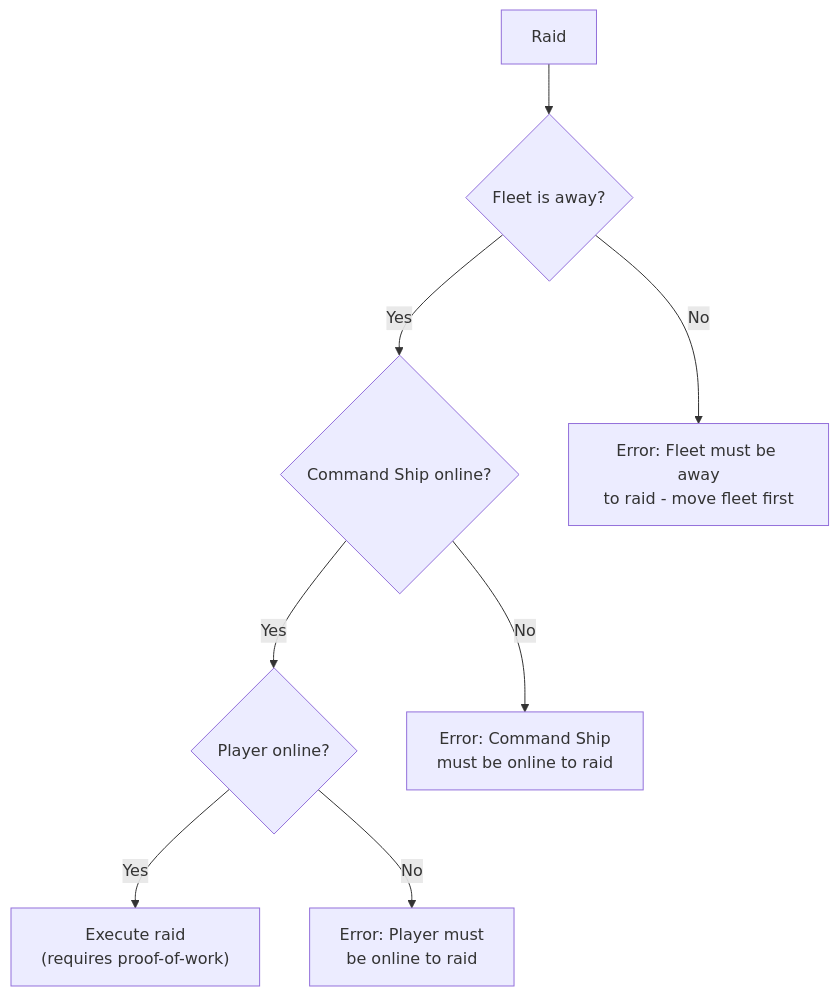
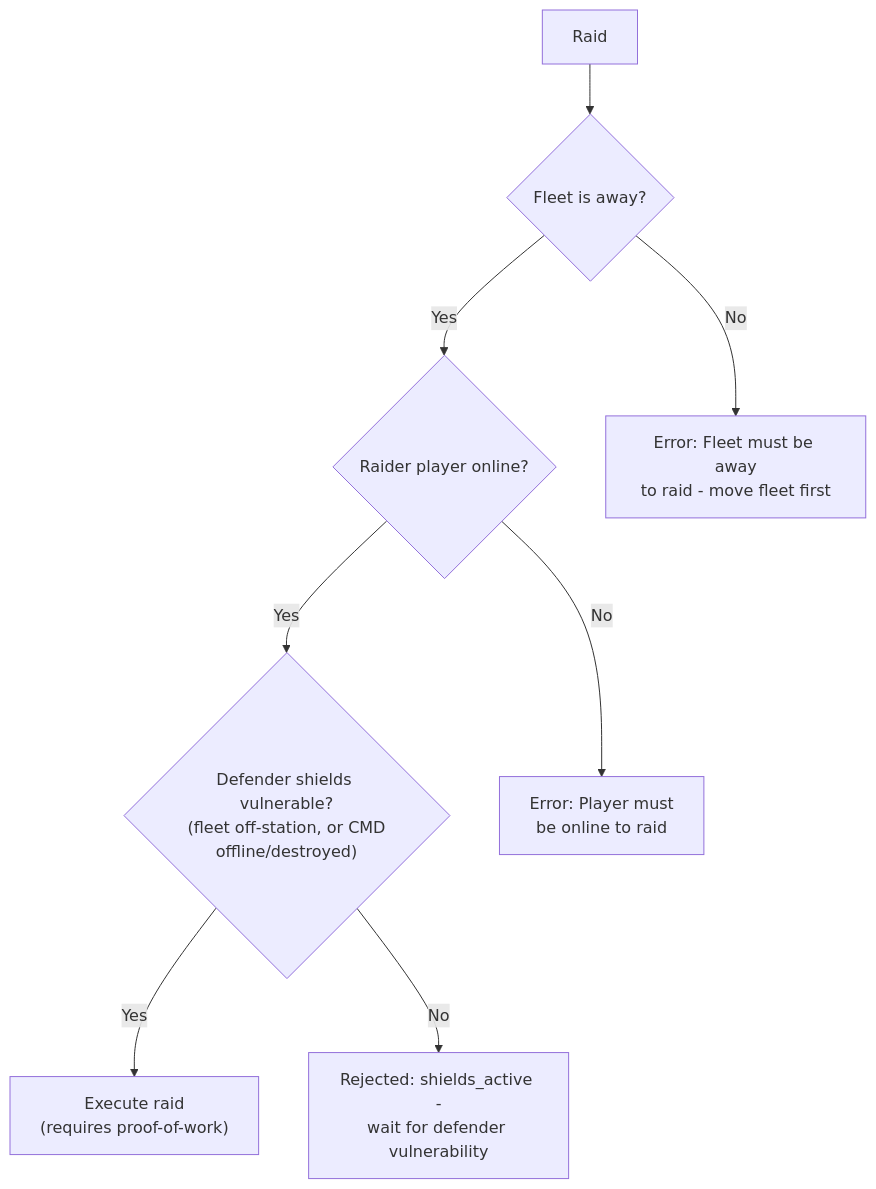
One commit to playstructs/structs-ai changed the second of 4 diagrams in patterns/decision-tree-combat.md. Above: the diagram before and after it, drawn with Mermaid. The commit also changed other lines of this file and 65 other files, not shown here.

````diff
--- a/patterns/decision-tree-combat.md
+++ b/patterns/decision-tree-combat.md
@@ -27,10 +27,10 @@
 ```mermaid
 flowchart TD
     raidStart["Raid"] --> fleetCheck{"Fleet is away?"}
-    fleetCheck -->|Yes| csCheck{"Command Ship online?"}
+    fleetCheck -->|Yes| playerCheck{"Raider player online?"}
     fleetCheck -->|No| errFleet["Error: Fleet must be away\nto raid - move fleet first"]
-    csCheck -->|Yes| playerCheck{"Player online?"}
-    csCheck -->|No| errCS["Error: Command Ship\nmust be online to raid"]
-    playerCheck -->|Yes| executeRaid["Execute raid\n(requires proof-of-work)"]
+    playerCheck -->|Yes| shieldCheck{"Defender shields vulnerable?\n(fleet off-station, or CMD\noffline/destroyed)"}
     playerCheck -->|No| errPlayer["Error: Player must\nbe online to raid"]
+    shieldCheck -->|Yes| executeRaid["Execute raid\n(requires proof-of-work)"]
+    shieldCheck -->|No| errShield["Rejected: shields_active -\nwait for defender vulnerability"]
 ```
````
